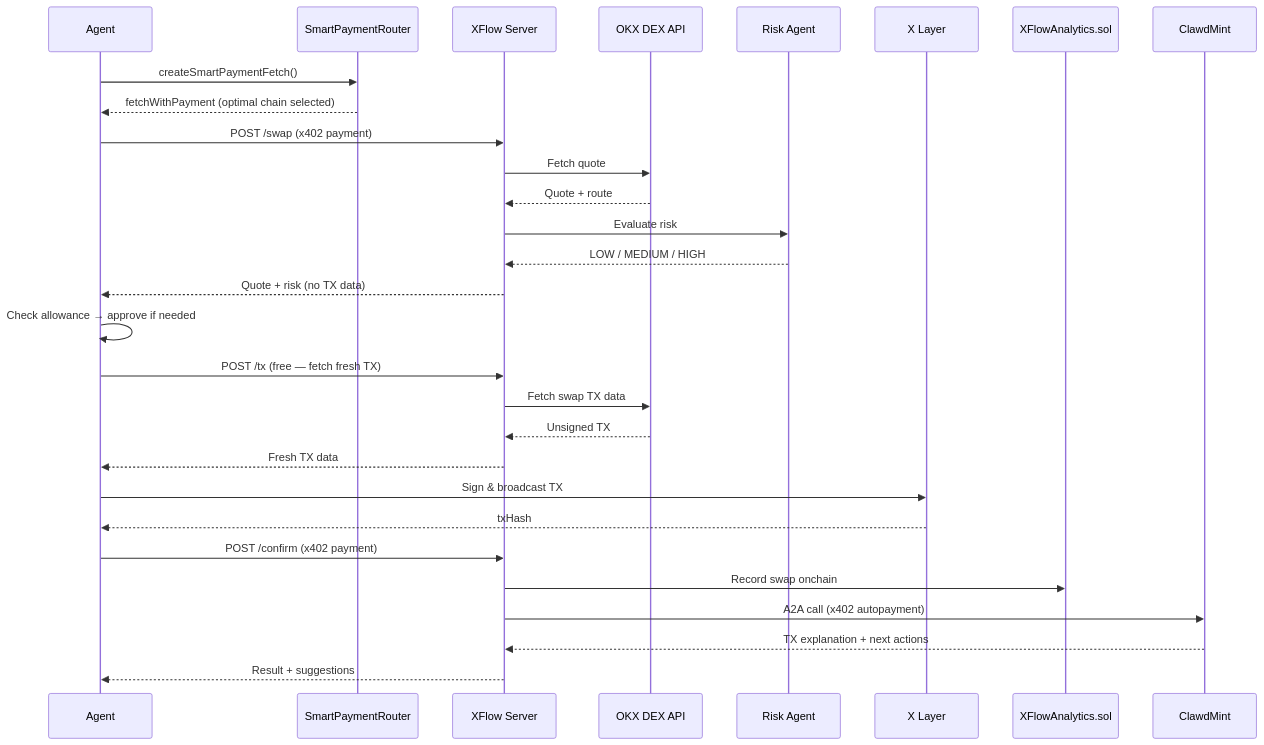
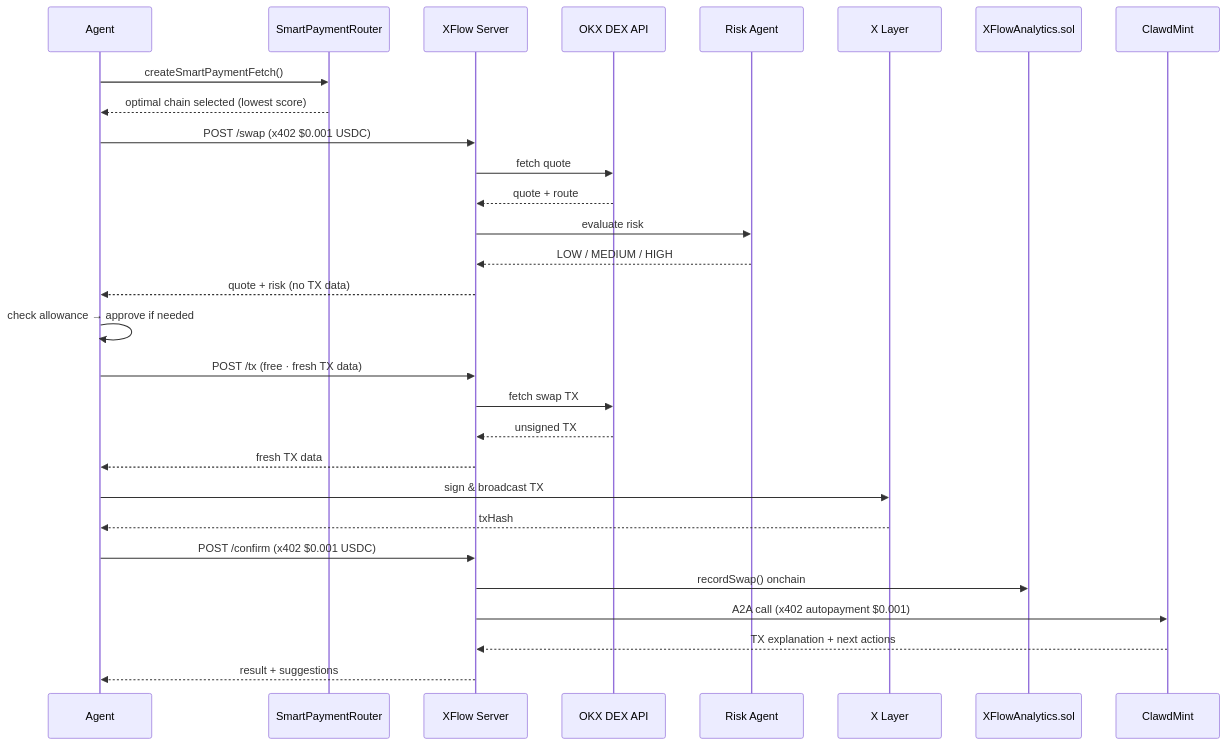
One commit to cryptohakka/xflow changed the diagram in README.md. Above: the diagram before and after it, drawn with Mermaid. The commit also changed other lines of this file and 13 other files, not shown here.

````diff
--- a/README.md
+++ b/README.md
@@ -86,36 +168,36 @@
 ```mermaid
 sequenceDiagram
     participant Agent
     participant Router as SmartPaymentRouter
     participant XFlow as XFlow Server
     participant OKX as OKX DEX API
     participant Risk as Risk Agent
     participant Chain as X Layer
     participant Analytics as XFlowAnalytics.sol
     participant ClawdMint
 
     Agent->>Router: createSmartPaymentFetch()
-    Router-->>Agent: fetchWithPayment (optimal chain selected)
+    Router-->>Agent: optimal chain selected (lowest score)
 
-    Agent->>XFlow: POST /swap (x402 payment)
-    XFlow->>OKX: Fetch quote
-    OKX-->>XFlow: Quote + route
-    XFlow->>Risk: Evaluate risk
+    Agent->>XFlow: POST /swap (x402 $0.001 USDC)
+    XFlow->>OKX: fetch quote
+    OKX-->>XFlow: quote + route
+    XFlow->>Risk: evaluate risk
     Risk-->>XFlow: LOW / MEDIUM / HIGH
-    XFlow-->>Agent: Quote + risk (no TX data)
+    XFlow-->>Agent: quote + risk (no TX data)
 
-    Agent->>Agent: Check allowance → approve if needed
-    Agent->>XFlow: POST /tx (free — fetch fresh TX)
-    XFlow->>OKX: Fetch swap TX data
-    OKX-->>XFlow: Unsigned TX
-    XFlow-->>Agent: Fresh TX data
+    Agent->>Agent: check allowance → approve if needed
+    Agent->>XFlow: POST /tx (free · fresh TX data)
+    XFlow->>OKX: fetch swap TX
+    OKX-->>XFlow: unsigned TX
+    XFlow-->>Agent: fresh TX data
 
-    Agent->>Chain: Sign & broadcast TX
+    Agent->>Chain: sign & broadcast TX
     Chain-->>Agent: txHash
 
-    Agent->>XFlow: POST /confirm (x402 payment)
-    XFlow->>Analytics: Record swap onchain
-    XFlow->>ClawdMint: A2A call (x402 autopayment)
+    Agent->>XFlow: POST /confirm (x402 $0.001 USDC)
+    XFlow->>Analytics: recordSwap() onchain
+    XFlow->>ClawdMint: A2A call (x402 autopayment $0.001)
     ClawdMint-->>XFlow: TX explanation + next actions
-    XFlow-->>Agent: Result + suggestions
+    XFlow-->>Agent: result + suggestions
 ```
````
